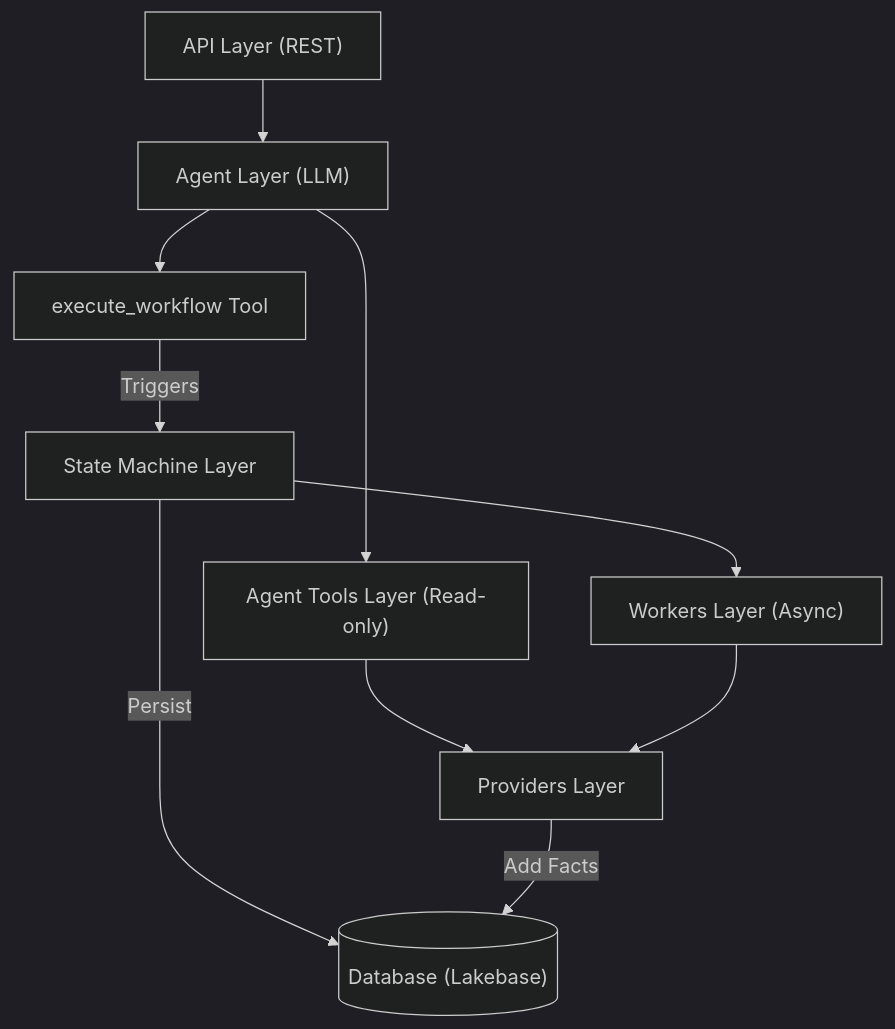
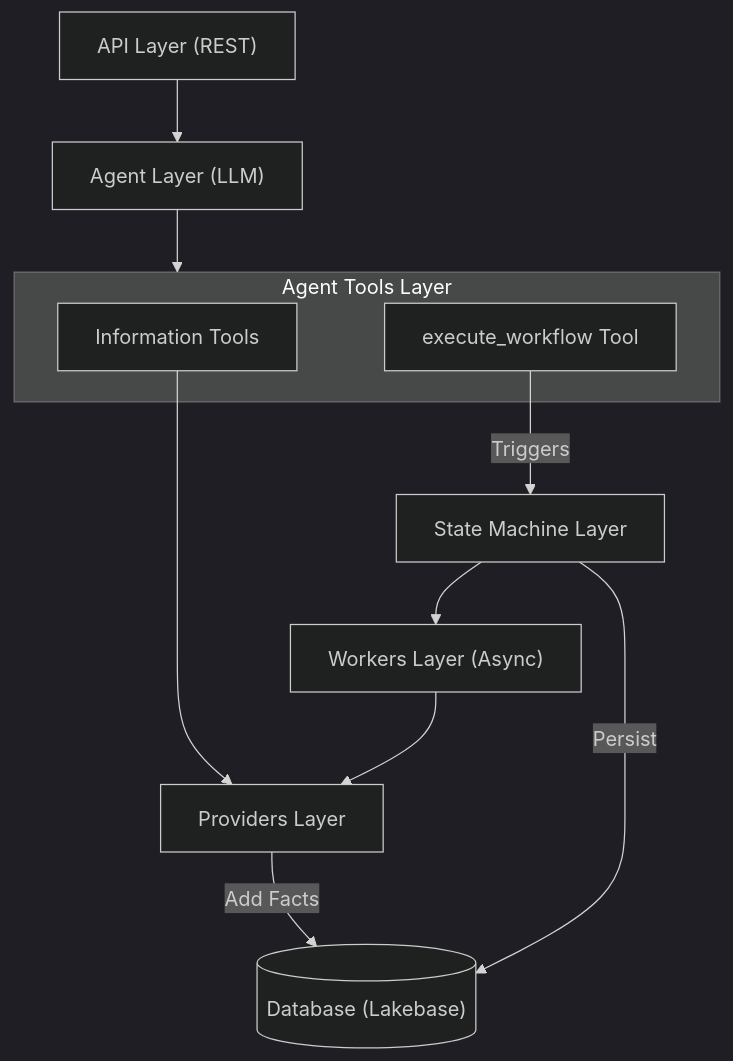
Before and after one commit to TaylorAHanson/ssc: the diagram in backend/ARCHITECTURE.md, drawn with Mermaid (dark theme). The commit also changed other lines of this file and 2 other files, not shown here.

Commit message:
Added agent instructions folder and updated diagram

````diff
--- a/backend/ARCHITECTURE.md
+++ b/backend/ARCHITECTURE.md
@@ -52,26 +52,29 @@
 ```mermaid
 graph TD
     API["API Layer (REST)"]
     Agent["Agent Layer (LLM)"]
-    Exec["execute_workflow Tool"]
+    
+    subgraph AgentTools ["Agent Tools Layer"]
+        Tools["Information Tools"]
+        Exec["execute_workflow Tool"]
+    end
+    
     SM["State Machine Layer"]
     Workers["Workers Layer (Async)"]
-    Tools["Agent Tools Layer (Read-only)"]
     Providers["Providers Layer"]
     DB[("Database (Lakebase)")]
 
     API --> Agent
     
-    Agent --> Tools
-    Agent --> Exec
+    Agent --> AgentTools
     
     Exec -->|Triggers| SM
     
     Tools --> Providers
     
     SM -->|Persist| DB
     SM --> Workers
     Workers --> Providers
     
     Providers -->|Add Facts| DB
 ```
````
